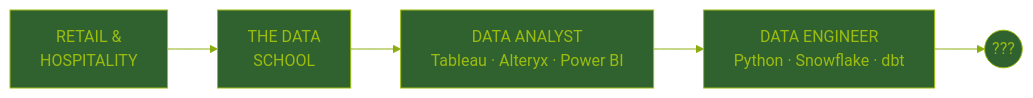
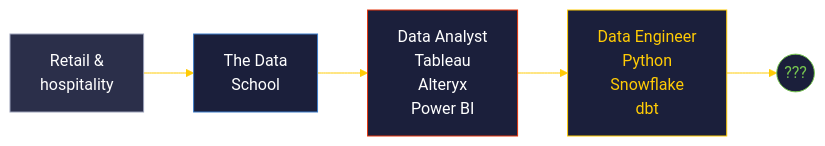
The diagram in README.md (kjucaitis/kjucaitis), drawn with Mermaid before and after one commit. The commit also changed other lines of this file, not shown here.

````diff
--- a/README.md
+++ b/README.md
@@ -71,8 +53,18 @@
 ```mermaid
-%%{init: {'theme':'base','themeVariables':{'primaryColor':'#306230','primaryTextColor':'#9BBC0F','primaryBorderColor':'#9BBC0F','lineColor':'#8BAC0F','fontFamily':'monospace'}}}%%
+%%{init: {'theme':'base','themeVariables':{'lineColor':'#FFCB05','fontFamily':'monospace'}}}%%
 flowchart LR
-    A[RETAIL &<br/>HOSPITALITY] --> B[THE DATA<br/>SCHOOL]
-    B --> C[DATA ANALYST<br/>Tableau · Alteryx · Power BI]
-    C --> D[DATA ENGINEER<br/>Python · Snowflake · dbt]
+    A[Retail &<br/>hospitality] --> B[The Data<br/>School]
+    B --> C[Data Analyst<br/>Tableau<br/>Alteryx<br/>Power BI]
+    C --> D[Data Engineer<br/>Python<br/>Snowflake<br/>dbt]
     D --> E((???))
+    classDef grey fill:#2B2F4A,stroke:#9AA0B8,color:#FFFFFF
+    classDef blue fill:#1B1F3B,stroke:#3D7DCA,color:#FFFFFF
+    classDef yellow fill:#1B1F3B,stroke:#FFCB05,color:#FFCB05
+    classDef red fill:#1B1F3B,stroke:#E3350D,color:#FFFFFF
+    classDef green fill:#1B1F3B,stroke:#78C850,color:#78C850
+    class A grey
+    class B blue
+    class C red
+    class D yellow
+    class E green
 ```
````
